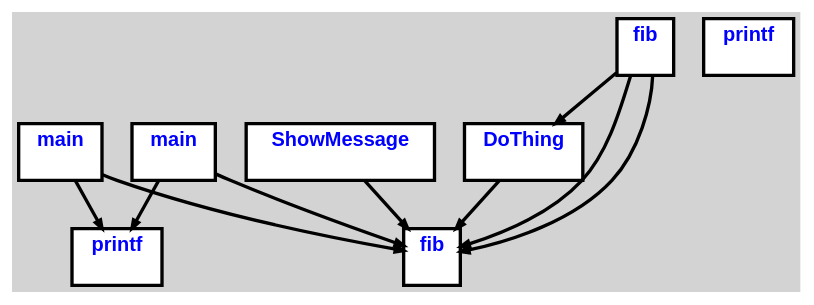
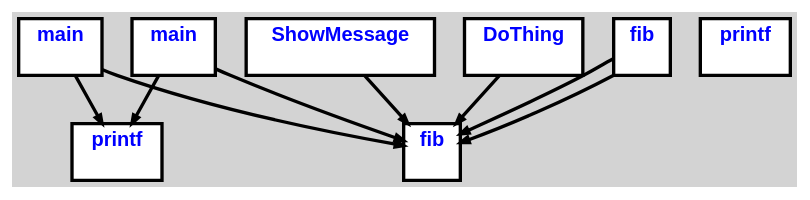
One commit to aveen007/CountingMonkeys changed the diagram in cpoCompilerWin/CG.all.dot. Above: the diagram before and after it, drawn with Graphviz. The commit also changed 16 other files, not shown here.

```diff
--- a/cpoCompilerWin/CG.all.dot
+++ b/cpoCompilerWin/CG.all.dot
@@ -1,25 +1,24 @@
 digraph G {
 ordering=out;
 ranksep=.4;
 bgcolor="lightgrey";  node [shape=box, fixedsize=false, fontsize=12, fontname="Helvetica-bold", fontcolor="blue"
 width=.25, height=.25, color="black", fillcolor="white", style="filled, solid, bold"];
 
 edge [arrowsize=.5, color="black", style="bold"]
-    n00001243B6DA1FA0 [label="fib\n "]
-    n00001243B6DA23C0 [label="printf\n "]
-    n00001243B6DA2660 [label="main\n "]
-    n00001243B6DA2660 -> n00001243B6DA23C0
-    n00001243B6DA2660 -> n00001243B6DA1FA0
-    n00001243B6DA2CC0 [label="ShowMessage\n "]
-    n00001243B6DA2CC0 -> n00001243B6DA1FA0
-    n00001243B6DA30E0 [label="DoThing\n "]
-    n00001243B6DA30E0 -> n00001243B6DA1FA0
-    n00001243B6DA33E0 [label="fib\n "]
-    n00001243B6DA33E0 -> n00001243B6DA30E0
-    n00001243B6DA33E0 -> n00001243B6DA1FA0
-    n00001243B6DA33E0 -> n00001243B6DA1FA0
-    n00001243B6DA4220 [label="printf\n "]
-    n00001243B6DA56C0 [label="main\n "]
-    n00001243B6DA56C0 -> n00001243B6DA23C0
-    n00001243B6DA56C0 -> n00001243B6DA1FA0
+    n0000112828521EE0 [label="fib\n "]
+    n0000112828522300 [label="printf\n "]
+    n00001128285225A0 [label="main\n "]
+    n00001128285225A0 -> n0000112828522300
+    n00001128285225A0 -> n0000112828521EE0
+    n0000112828522C00 [label="ShowMessage\n "]
+    n0000112828522C00 -> n0000112828521EE0
+    n0000112828523020 [label="DoThing\n "]
+    n0000112828523020 -> n0000112828521EE0
+    n0000112828523320 [label="fib\n "]
+    n0000112828523320 -> n0000112828521EE0
+    n0000112828523320 -> n0000112828521EE0
+    n0000112828523B00 [label="printf\n "]
+    n0000112828524FA0 [label="main\n "]
+    n0000112828524FA0 -> n0000112828522300
+    n0000112828524FA0 -> n0000112828521EE0
 }
```
